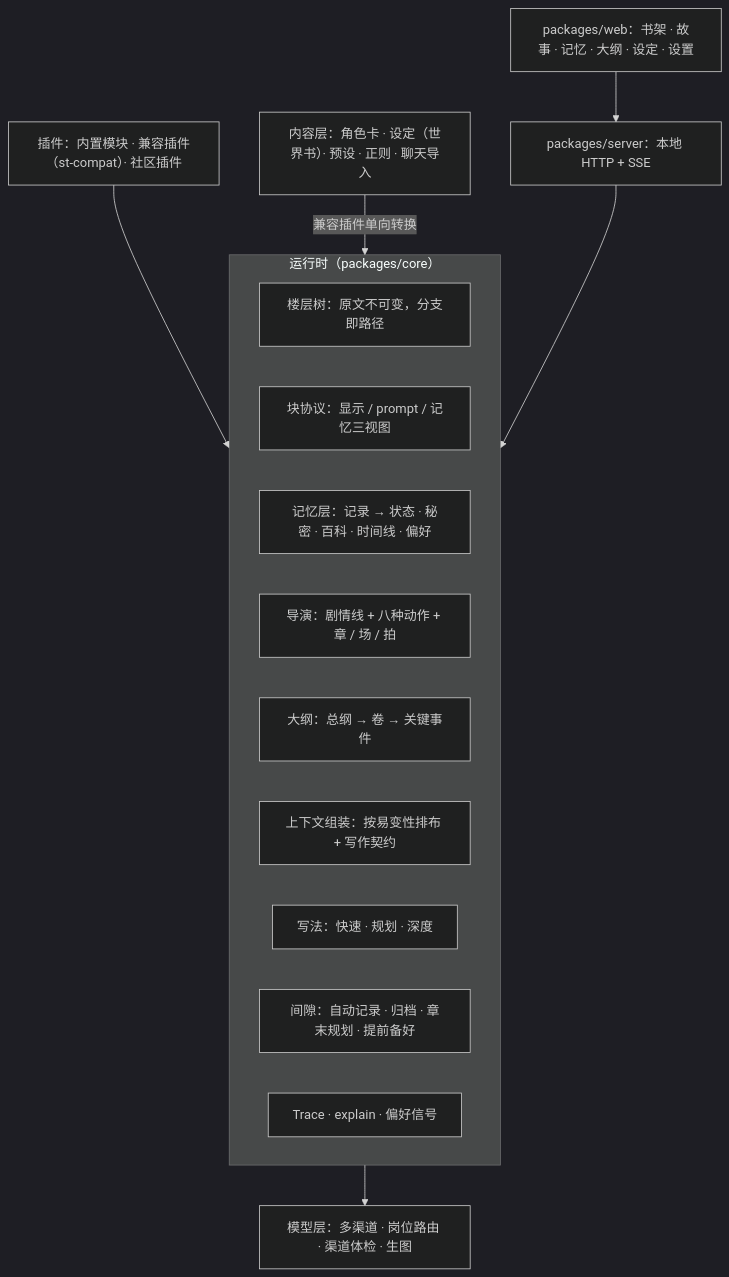
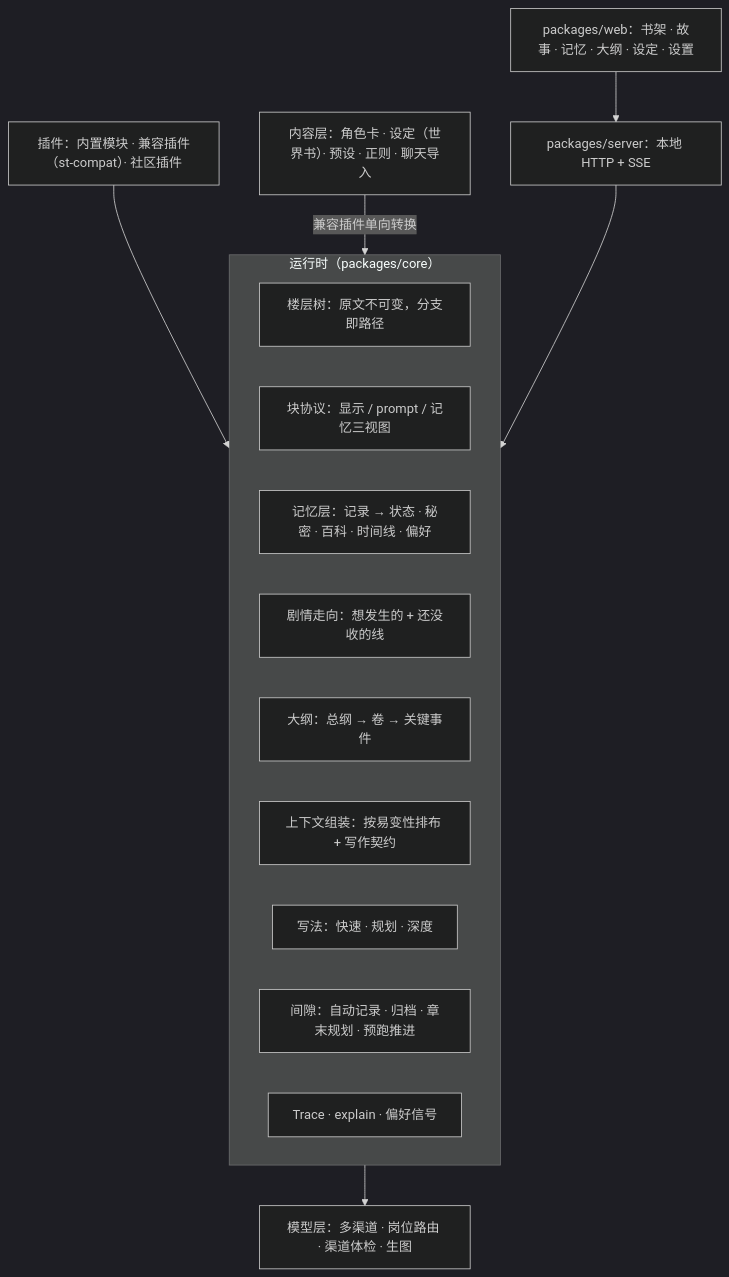
Before and after one commit to Theater-ahyeon/Dramaticer: the diagram in docs/DESIGN.md, drawn with Mermaid (dark theme). The commit also changed other lines of this file and 102 other files, not shown here.

````diff
--- a/docs/DESIGN.md
+++ b/docs/DESIGN.md
@@ -53,20 +53,20 @@
 ```mermaid
 flowchart TB
     content["内容层：角色卡 · 设定（世界书）· 预设 · 正则 · 聊天导入"]
     subgraph runtime["运行时（packages/core）"]
         tree["楼层树：原文不可变，分支即路径"]
         blocks["块协议：显示 / prompt / 记忆三视图"]
         memory["记忆层：记录 → 状态 · 秘密 · 百科 · 时间线 · 偏好"]
-        director["导演：剧情线 + 八种动作 + 章 / 场 / 拍"]
+        director["剧情走向：想发生的 + 还没收的线"]
         outline["大纲：总纲 → 卷 → 关键事件"]
         context["上下文组装：按易变性排布 + 写作契约"]
         modes["写法：快速 · 规划 · 深度"]
-        gap["间隙：自动记录 · 归档 · 章末规划 · 提前备好"]
+        gap["间隙：自动记录 · 归档 · 章末规划 · 预跑推进"]
         trace["Trace · explain · 偏好信号"]
     end
     plugins["插件：内置模块 · 兼容插件（st-compat）· 社区插件"] --> runtime
     content -->|兼容插件单向转换| runtime
     runtime --> models["模型层：多渠道 · 岗位路由 · 渠道体检 · 生图"]
     server["packages/server：本地 HTTP + SSE"] --> runtime
     web["packages/web：书架 · 故事 · 记忆 · 大纲 · 设定 · 设置"] --> server
 ```
````
